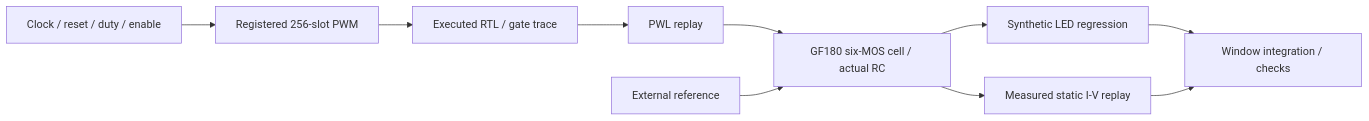
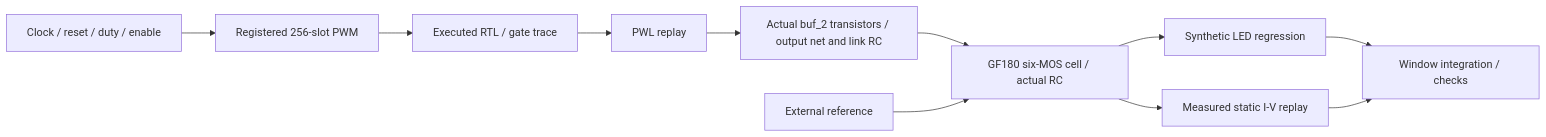
The diagram in README.md (Kevin-Kaiyo/open-microled-driver-asic), drawn with Mermaid before and after one commit. The commit also changed other lines of this file and 106 other files, not shown here.

````diff
--- a/README.md
+++ b/README.md
@@ -17,12 +18,13 @@
 ```mermaid
 flowchart LR
     INPUT[Clock / reset / duty / enable] --> PWM[Registered 256-slot PWM]
     PWM --> TRACE[Executed RTL / gate trace]
     TRACE --> BRIDGE[PWL replay]
-    BRIDGE --> CELL[GF180 six-MOS cell / actual RC]
+    BRIDGE --> BUF[Actual buf_2 transistors / output net and link RC]
+    BUF --> CELL[GF180 six-MOS cell / actual RC]
     REF[External reference] --> CELL
     CELL --> SYN[Synthetic LED regression]
     CELL --> IV[Measured static I-V replay]
     SYN --> CHECK[Window integration / checks]
     IV --> CHECK
 ```
````
